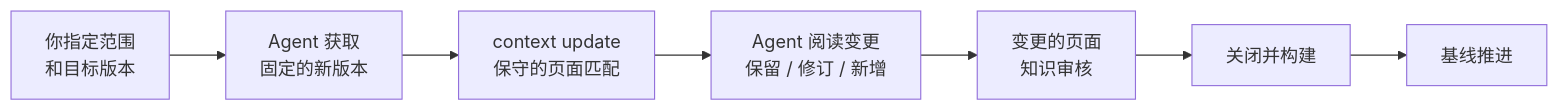
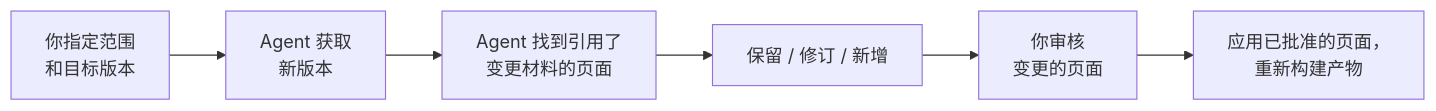
One commit to context4ai/portal changed the diagram in translations/zh-CN/sop/updates-and-versions/updating-knowledge.md. Above: the diagram before and after it, drawn with Mermaid. The commit also changed other lines of this file and 129 other files, not shown here.

````diff
--- a/translations/zh-CN/sop/updates-and-versions/updating-knowledge.md
+++ b/translations/zh-CN/sop/updates-and-versions/updating-knowledge.md
@@ -16,9 +16,8 @@
 ```mermaid
 flowchart LR
-  ask["你指定范围<br/>和目标版本"] --> acq["Agent 获取<br/>固定的新版本"]
-  acq --> upd["context update<br/>保守的页面匹配"]
-  upd --> decide["Agent 阅读变更<br/>保留 / 修订 / 新增"]
-  decide --> rev["变更的页面<br/>知识审核"]
-  rev --> build["关闭并构建"]
-  build --> base["基线推进"]
+  ask["你指定范围<br/>和目标版本"] --> acq["Agent 获取<br/>新版本"]
+  acq --> match["Agent 找到引用了<br/>变更材料的页面"]
+  match --> decide["保留 / 修订 / 新增"]
+  decide --> rev["你审核<br/>变更的页面"]
+  rev --> build["应用已批准的页面，<br/>重新构建产物"]
 ```
````
